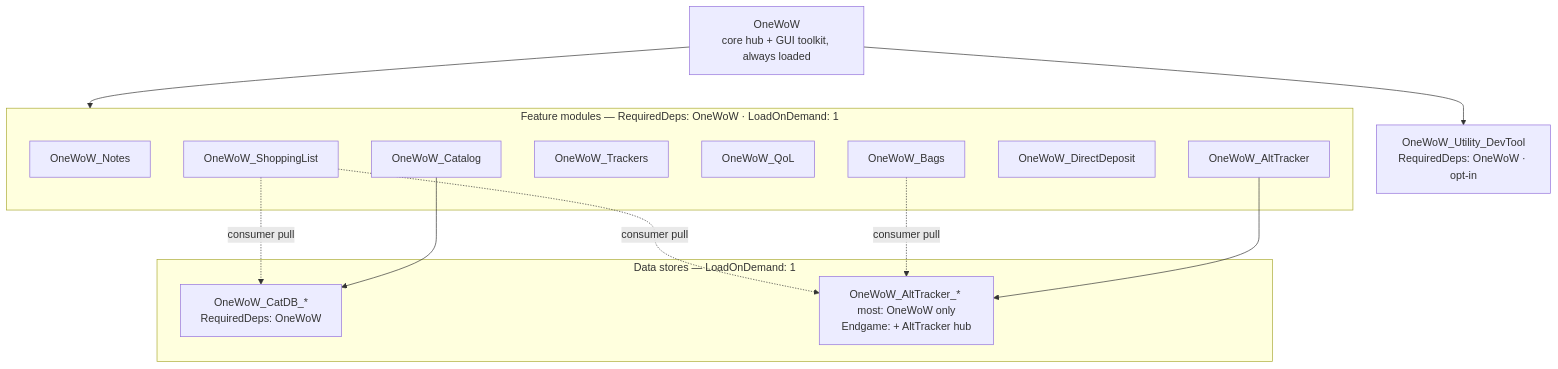
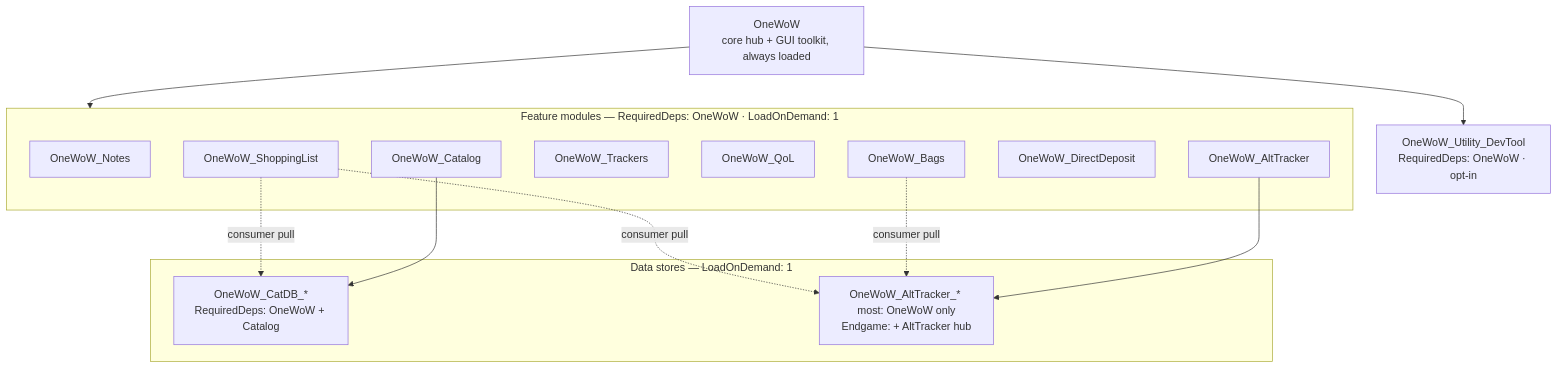
Before and after one commit to RickyBry/OneWoW_Suite_PlayerRepo: the diagram in OneWoW/Docs/ARCHITECTURE.md, drawn with Mermaid. The commit also changed other lines of this file and 454 other files, not shown here.

````diff
--- a/OneWoW/Docs/ARCHITECTURE.md
+++ b/OneWoW/Docs/ARCHITECTURE.md
@@ -41,29 +41,29 @@
 ```mermaid
 flowchart TB
     OW[OneWoW<br/>core hub + GUI toolkit, always loaded]
 
     subgraph Modules [Feature modules — RequiredDeps: OneWoW · LoadOnDemand: 1]
         Notes[OneWoW_Notes]
         AltTracker[OneWoW_AltTracker]
         Catalog[OneWoW_Catalog]
         Trackers[OneWoW_Trackers]
         QoL[OneWoW_QoL]
         ShoppingList[OneWoW_ShoppingList]
         DirectDeposit[OneWoW_DirectDeposit]
         Bags[OneWoW_Bags]
     end
     OW --> Modules
 
     subgraph Stores [Data stores — LoadOnDemand: 1]
-        CatDB[OneWoW_CatDB_*<br/>RequiredDeps: OneWoW]
+        CatDB[OneWoW_CatDB_*<br/>RequiredDeps: OneWoW + Catalog]
         AltData[OneWoW_AltTracker_* most: OneWoW only<br/>Endgame: + AltTracker hub]
     end
     Catalog --> CatDB
     AltTracker --> AltData
     Bags -.->|consumer pull| AltData
     ShoppingList -.->|consumer pull| AltData
     ShoppingList -.->|consumer pull| CatDB
 
     DevTool[OneWoW_Utility_DevTool<br/>RequiredDeps: OneWoW · opt-in]
     OW --> DevTool
 ```
````
